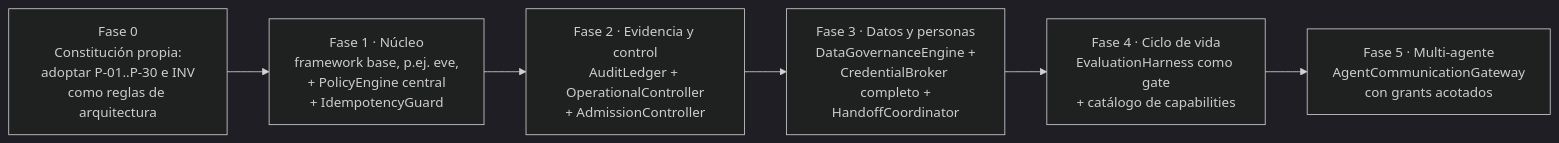
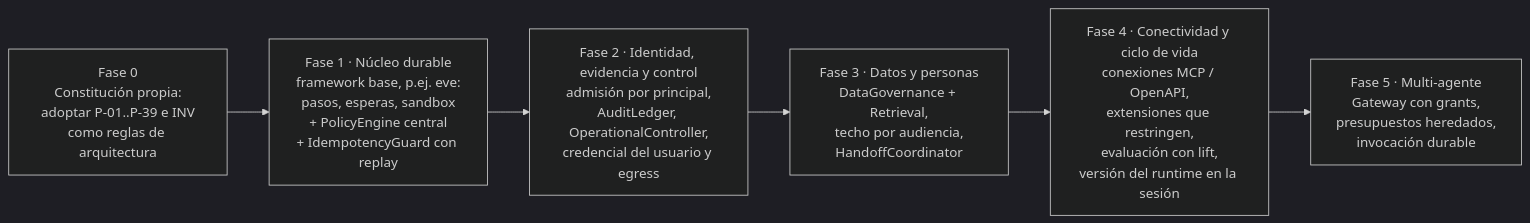
One commit to aaramirez/arnes-ai changed the third of 3 diagrams in docs/diagramas/book-harness/BH-Implementacion.md. Above: the diagram before and after it, drawn with Mermaid (dark theme). The commit also changed other lines of this file and 52 other files, not shown here.

````diff
--- a/docs/diagramas/book-harness/BH-Implementacion.md
+++ b/docs/diagramas/book-harness/BH-Implementacion.md
@@ -169,9 +198,9 @@
 ```mermaid
 flowchart LR
-  F0["Fase 0<br/>Constitución propia:<br/>adoptar P-01..P-30 e INV<br/>como reglas de arquitectura"] --> F1
-  F1["Fase 1 · Núcleo<br/>framework base, p.ej. eve,<br/>+ PolicyEngine central<br/>+ IdempotencyGuard"] --> F2
-  F2["Fase 2 · Evidencia y control<br/>AuditLedger + OperationalController<br/>+ AdmissionController"] --> F3
-  F3["Fase 3 · Datos y personas<br/>DataGovernanceEngine +<br/>CredentialBroker completo +<br/>HandoffCoordinator"] --> F4
-  F4["Fase 4 · Ciclo de vida<br/>EvaluationHarness como gate<br/>+ catálogo de capabilities"] --> F5
-  F5["Fase 5 · Multi-agente<br/>AgentCommunicationGateway<br/>con grants acotados"]
+  F0["Fase 0<br/>Constitución propia:<br/>adoptar P-01..P-39 e INV<br/>como reglas de arquitectura"] --> F1
+  F1["Fase 1 · Núcleo durable<br/>framework base, p.ej. eve:<br/>pasos, esperas, sandbox<br/>+ PolicyEngine central<br/>+ IdempotencyGuard con replay"] --> F2
+  F2["Fase 2 · Identidad, evidencia y control<br/>admisión por principal,<br/>AuditLedger, OperationalController,<br/>credencial del usuario y egress"] --> F3
+  F3["Fase 3 · Datos y personas<br/>DataGovernance + Retrieval,<br/>techo por audiencia,<br/>HandoffCoordinator"] --> F4
+  F4["Fase 4 · Conectividad y ciclo de vida<br/>conexiones MCP / OpenAPI,<br/>extensiones que restringen,<br/>evaluación con lift,<br/>versión del runtime en la sesión"] --> F5
+  F5["Fase 5 · Multi-agente<br/>Gateway con grants,<br/>presupuestos heredados,<br/>invocación durable"]
 ```
````
